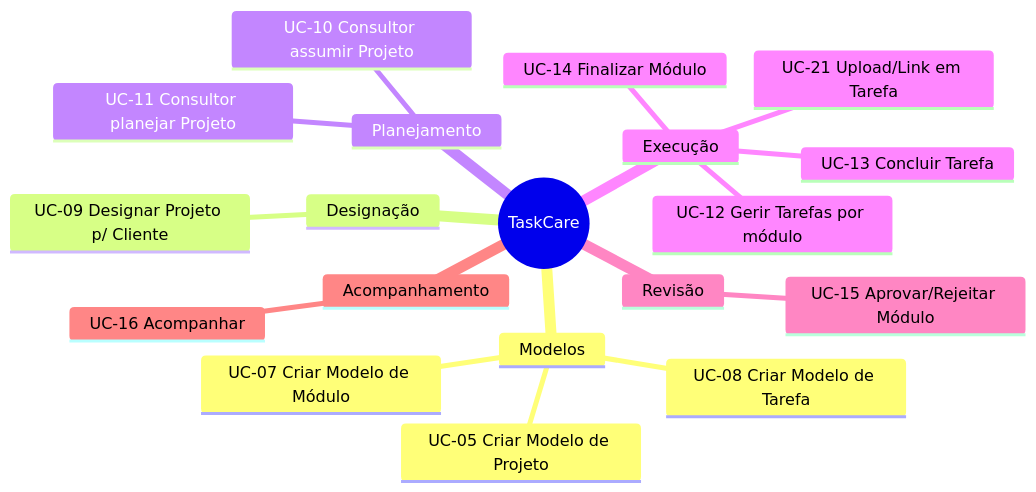
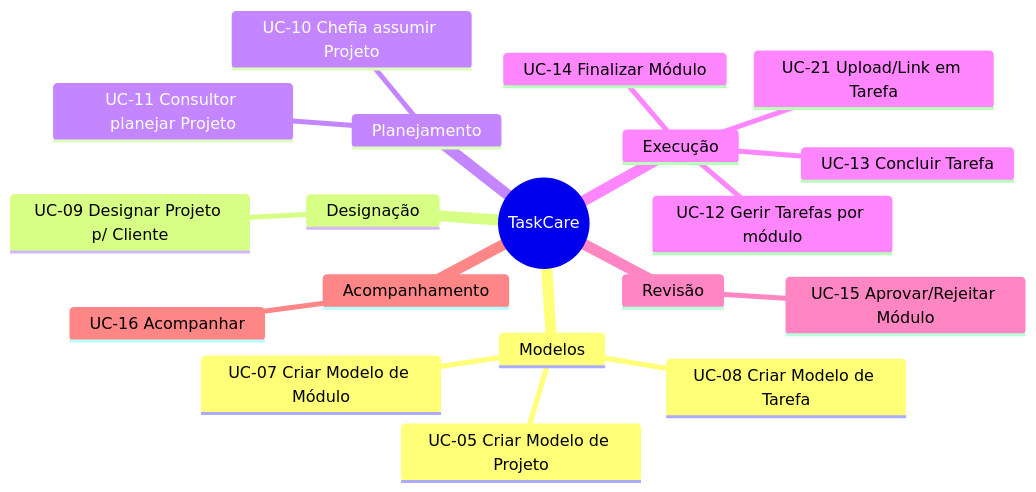
The fourth of 4 diagrams in README.md (fernando-reis-guimaraes/taskcare-especificacao-uml), drawn with Mermaid before and after one commit.

Commit message:
fix: update role reference from Consultor to Chefia in project assignment use case

````diff
--- a/README.md
+++ b/README.md
@@ -365,28 +365,28 @@
 ```mermaid
 
 mindmap
   root((TaskCare))
     Modelos
         UC-05 Criar Modelo de Projeto
         UC-07 Criar Modelo de Módulo
         UC-08 Criar Modelo de Tarefa
 
     Designação
         UC-09 Designar Projeto p/ Cliente
 
     Planejamento
-        UC-10 Consultor assumir Projeto
+        UC-10 Chefia assumir Projeto
         UC-11 Consultor planejar Projeto
 
     Execução
         UC-12 Gerir Tarefas por módulo
         UC-13 Concluir Tarefa
         UC-14 Finalizar Módulo
         UC-21 Upload/Link em Tarefa
 
     Revisão
         UC-15 Aprovar/Rejeitar Módulo
 
     Acompanhamento
         UC-16 Acompanhar
 ```
````
